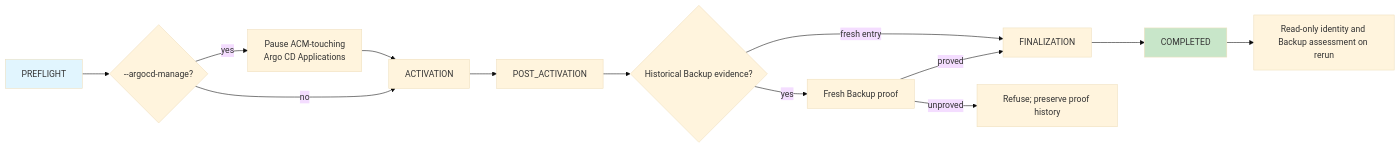
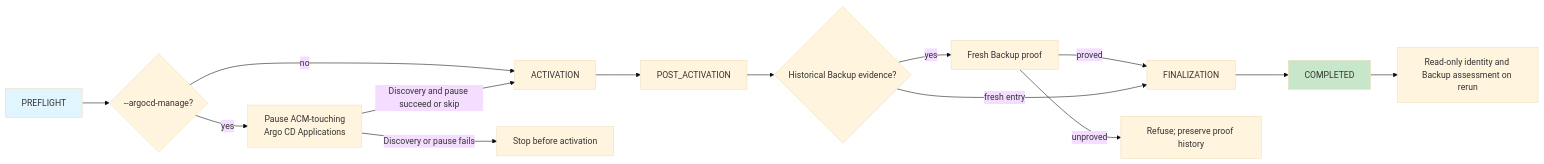
The diagram in README.md (tomazb/rh-acm-switchover), drawn with Mermaid (base theme) before and after one commit. The commit also changed other lines of this file and 19 other files, not shown here.

````diff
--- a/README.md
+++ b/README.md
@@ -353,17 +353,18 @@
 ```mermaid
 flowchart LR
     A[PREFLIGHT] --> P{--argocd-manage?}
     P -->|yes| Q[Pause ACM-touching<br/>Argo CD Applications]
     P -->|no| B[ACTIVATION]
-    Q --> B
+    Q -->|Discovery and pause succeed or skip| B
+    Q -->|Discovery or pause fails| F[Stop before activation]
     B --> C[POST_ACTIVATION]
     C --> H{Historical Backup evidence?}
     H -->|yes| V[Fresh Backup proof]
     V -->|proved| D[FINALIZATION]
     V -->|unproved| R[Refuse; preserve proof history]
     H -->|fresh entry| D
     D --> E[COMPLETED]
     E --> I[Read-only identity and Backup assessment on rerun]
     style A fill:#e1f5fe
     style E fill:#c8e6c9
 ```
````
